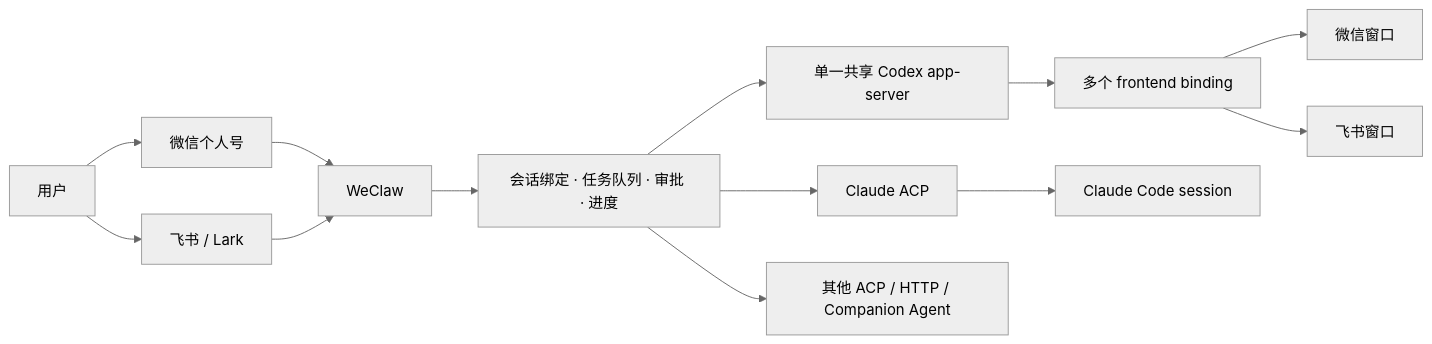
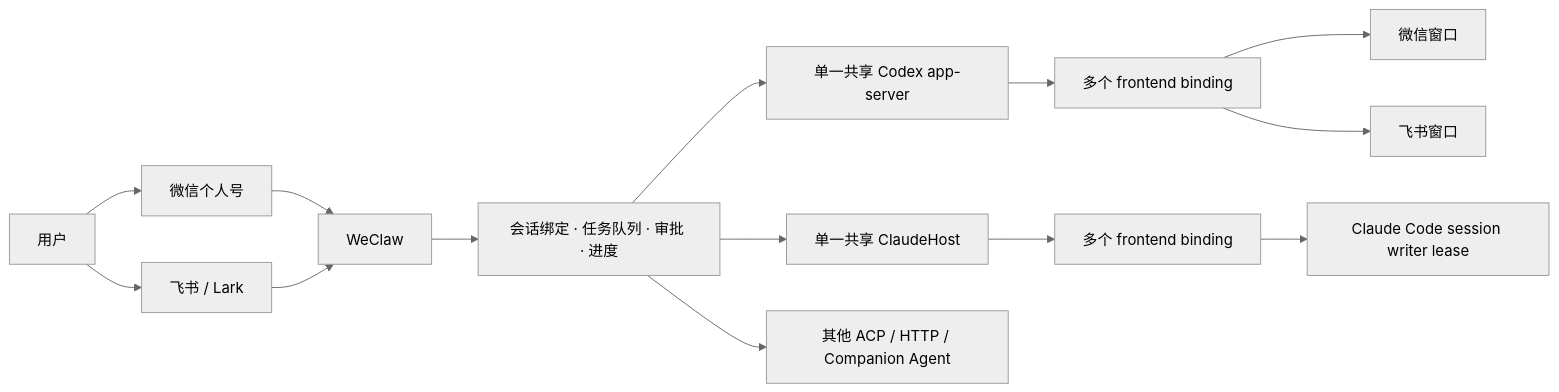
Before and after one commit to TingRuDeng/weclaw: the diagram in README_CN.md, drawn with Mermaid (neutral theme). The commit also changed other lines of this file and 89 other files, not shown here.

Commit message:
重构 Claude 共享 Host 并完善会话控制

````diff
--- a/README_CN.md
+++ b/README_CN.md
@@ -101,15 +99,16 @@
 ```mermaid
 flowchart LR
     User[用户] --> WeChat[微信个人号]
     User --> Feishu[飞书 / Lark]
     WeChat --> Bridge[WeClaw]
     Feishu --> Bridge
     Bridge --> Core[会话绑定 · 任务队列 · 审批 · 进度]
     Core --> Codex[单一共享 Codex app-server]
-    Core --> Claude[Claude ACP]
+    Core --> Claude[单一共享 ClaudeHost]
     Core --> Other[其他 ACP / HTTP / Companion Agent]
     Codex --> Bindings[多个 frontend binding]
     Bindings --> WeChatClient[微信窗口]
     Bindings --> FeishuClient[飞书窗口]
-    Claude --> Session[Claude Code session]
+    Claude --> ClaudeBindings[多个 frontend binding]
+    ClaudeBindings --> Session[Claude Code session writer lease]
 ```
````
